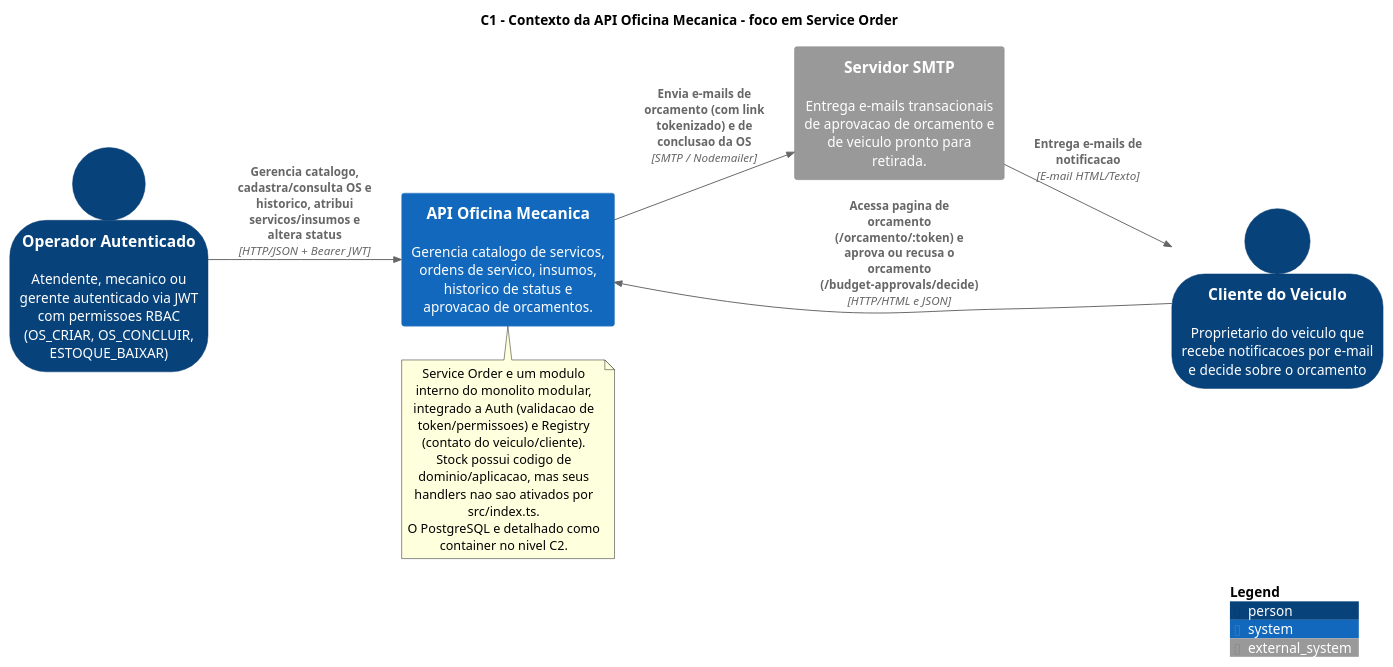
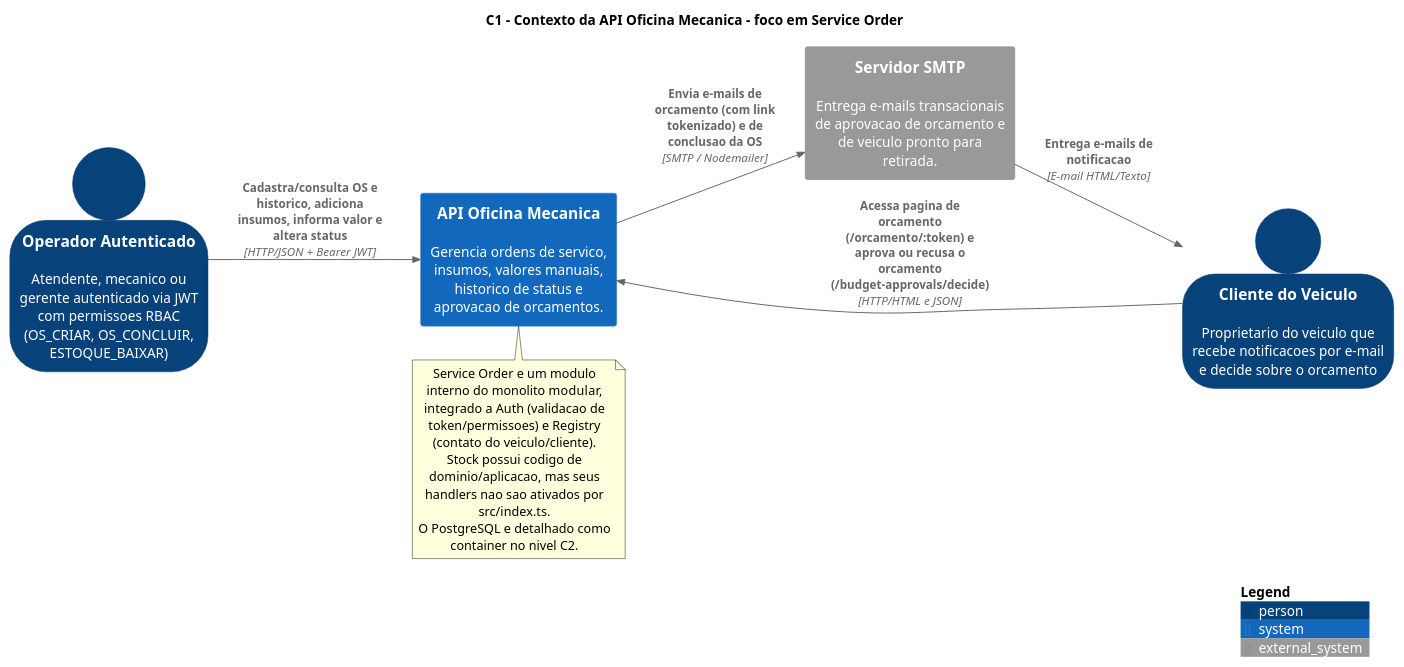
Before and after one commit to 15soat-fiap-45/api.mecanica: the diagram in docs/plantuml/c4-service-order-context.puml, drawn with PlantUML. The commit also changed 26 other files, not shown here.

```diff
--- a/docs/plantuml/c4-service-order-context.puml
+++ b/docs/plantuml/c4-service-order-context.puml
@@ -1,24 +1,24 @@
 @startuml service_order_c1_context
 !include https://raw.githubusercontent.com/plantuml-stdlib/C4-PlantUML/master/C4_Context.puml
 title C1 - Contexto da API Oficina Mecanica - foco em Service Order
 LAYOUT_LEFT_RIGHT()
 SHOW_PERSON_OUTLINE()
 
 Person(operator, "Operador Autenticado", "Atendente, mecanico ou gerente autenticado via JWT com permissoes RBAC (OS_CRIAR, OS_CONCLUIR, ESTOQUE_BAIXAR)")
 Person(customer, "Cliente do Veiculo", "Proprietario do veiculo que recebe notificacoes por e-mail e decide sobre o orcamento")
-System(workshop, "API Oficina Mecanica", "Gerencia catalogo de servicos, ordens de servico, insumos, historico de status e aprovacao de orcamentos.")
+System(workshop, "API Oficina Mecanica", "Gerencia ordens de servico, insumos, valores manuais, historico de status e aprovacao de orcamentos.")
 System_Ext(smtp, "Servidor SMTP", "Entrega e-mails transacionais de aprovacao de orcamento e de veiculo pronto para retirada.")
 
-Rel(operator, workshop, "Gerencia catalogo, cadastra/consulta OS e historico, atribui servicos/insumos e altera status", "HTTP/JSON + Bearer JWT")
+Rel(operator, workshop, "Cadastra/consulta OS e historico, adiciona insumos, informa valor e altera status", "HTTP/JSON + Bearer JWT")
 Rel(workshop, smtp, "Envia e-mails de orcamento (com link tokenizado) e de conclusao da OS", "SMTP / Nodemailer")
 Rel(smtp, customer, "Entrega e-mails de notificacao", "E-mail HTML/Texto")
 Rel(customer, workshop, "Acessa pagina de orcamento (/orcamento/:token) e aprova ou recusa o orcamento (/budget-approvals/decide)", "HTTP/HTML e JSON")
 
 note bottom of workshop
   Service Order e um modulo interno do monolito modular,
   integrado a Auth (validacao de token/permissoes) e Registry (contato do veiculo/cliente).
   Stock possui codigo de dominio/aplicacao, mas seus handlers nao sao ativados por src/index.ts.
   O PostgreSQL e detalhado como container no nivel C2.
 end note
 SHOW_LEGEND()
 @enduml
```
